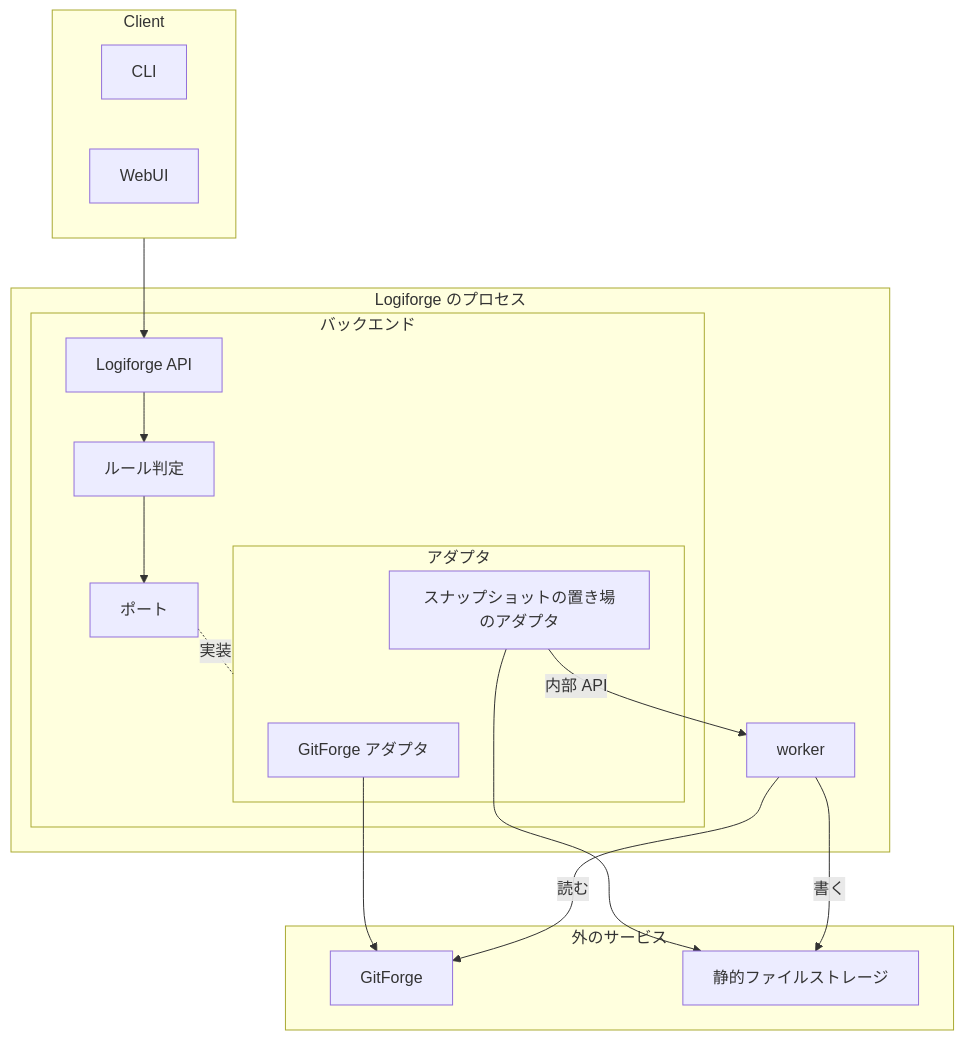
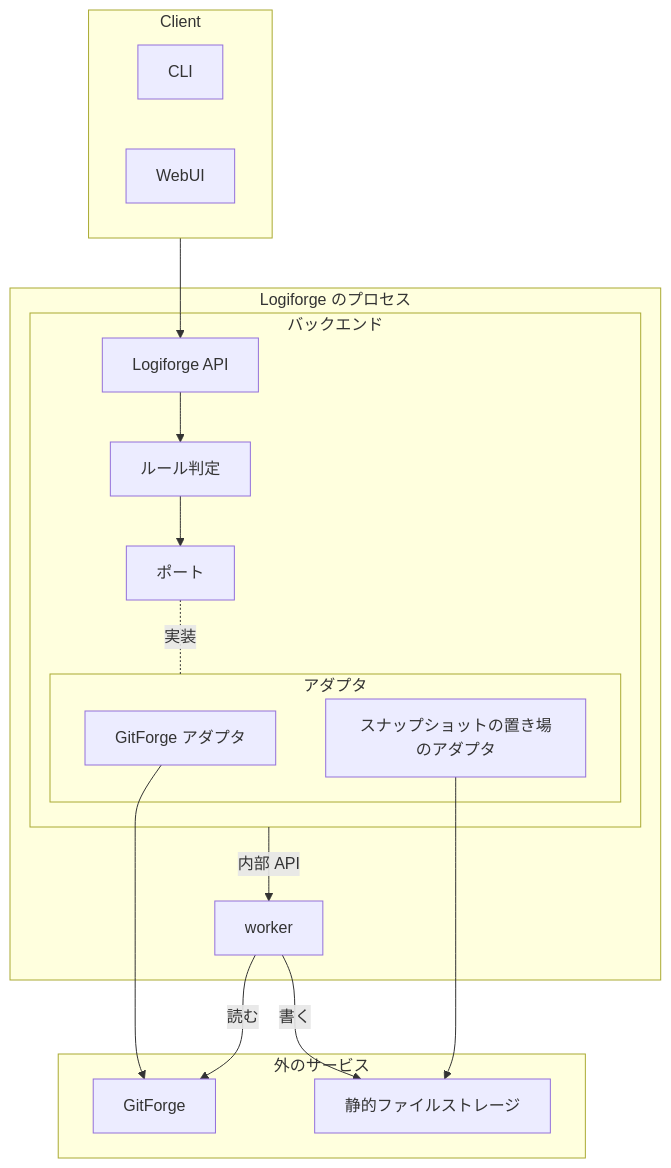
The diagram in design/architecture.md (yamambainc/logiforge), drawn with Mermaid before and after one commit. The commit also changed other lines of this file and 15 other files, not shown here.

````diff
--- a/design/architecture.md
+++ b/design/architecture.md
@@ -8,32 +8,32 @@
 ```mermaid
 flowchart TB
   subgraph CL["Client"]
     CLI["CLI"]
     WEB["WebUI"]
   end
   subgraph LP["Logiforge のプロセス"]
     subgraph BE["バックエンド"]
       API["Logiforge API"]
       RULE["ルール判定"]
       PT["ポート"]
       subgraph AD["アダプタ"]
         FA["GitForge アダプタ"]
         SSA["スナップショットの置き場のアダプタ"]
       end
     end
     W["worker"]
   end
   subgraph EX["外のサービス"]
     FG["GitForge"]
     OBJ["静的ファイルストレージ"]
   end
   CL --> API
   API --> RULE
   RULE --> PT
   PT -.-|実装| AD
-  SSA -->|内部 API| W
+  BE -->|内部 API| W
   FA --> FG
   SSA --> OBJ
   W -->|読む| FG
   W -->|書く| OBJ
 ```
````
